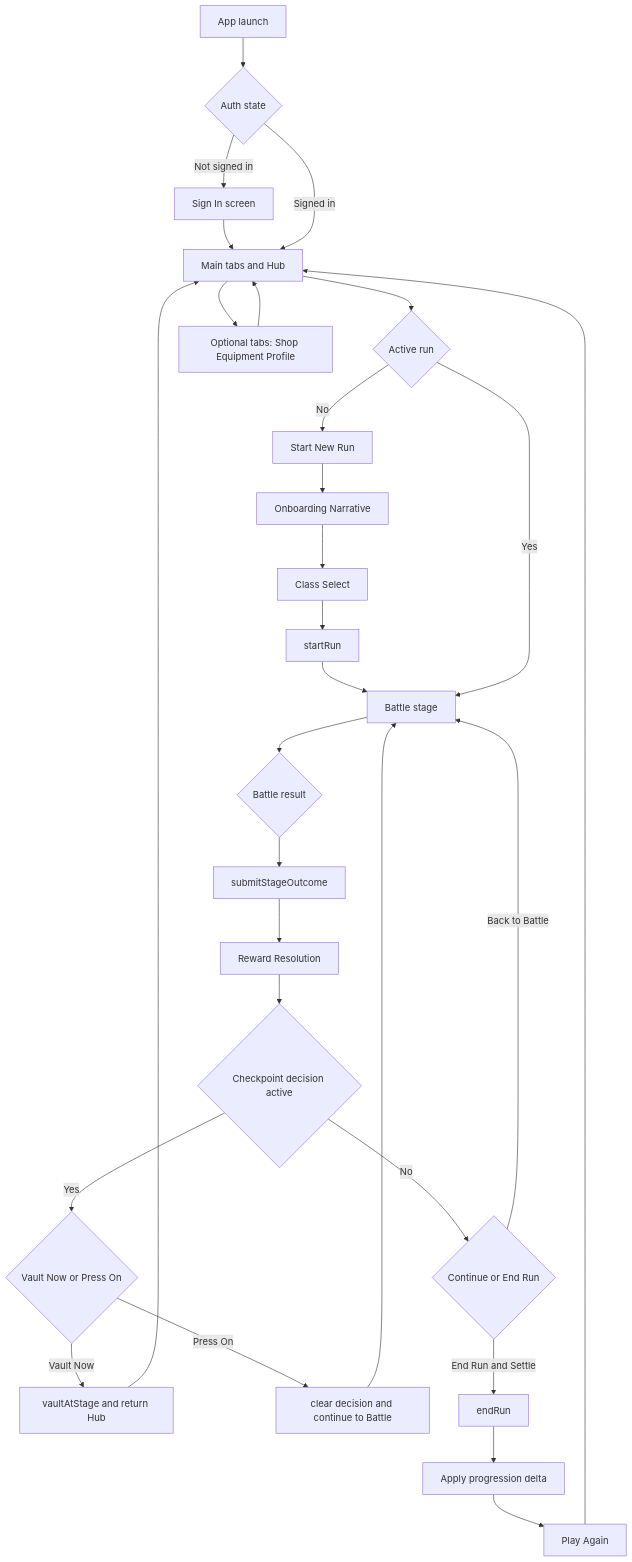
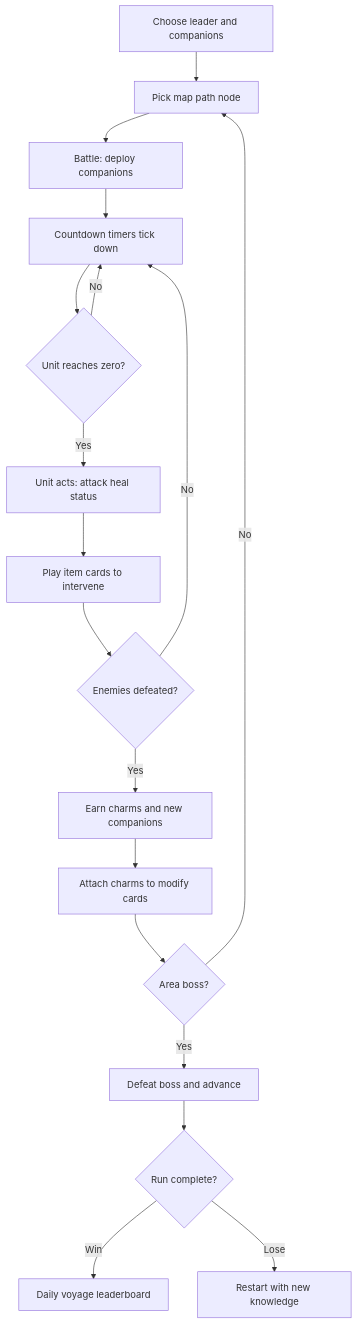
One commit to jiayi32/MyRPGGame changed diagram 15 of 48 in documentation/New/GAMEPLAY_LOOP.md. Above: the diagram before and after it, drawn with Mermaid. The commit also changed other lines of this file and 52 other files, not shown here.

````diff
--- a/documentation/New/GAMEPLAY_LOOP.md
+++ b/documentation/New/GAMEPLAY_LOOP.md
@@ -602,36 +688,20 @@
 ```mermaid
 flowchart TD
-	A[App launch] --> B{Auth state}
-	B -->|Not signed in| C[Sign In screen]
-	C --> D[Main tabs and Hub]
-	B -->|Signed in| D
-
-	D --> E{Active run}
-	E -->|No| F[Start New Run]
-	F --> G[Onboarding Narrative]
-	G --> H[Class Select]
-	H --> I[startRun]
-	I --> J[Battle stage]
-	E -->|Yes| J
-
-	J --> K{Battle result}
-	K --> L[submitStageOutcome]
-	L --> M[Reward Resolution]
-
-	M --> N{Checkpoint decision active}
-	N -->|Yes| O{Vault Now or Press On}
-	O -->|Vault Now| P[vaultAtStage and return Hub]
-	O -->|Press On| Q[clear decision and continue to Battle]
-	P --> D
-	Q --> J
-
-	N -->|No| R{Continue or End Run}
-	R -->|Back to Battle| J
-	R -->|End Run and Settle| S[endRun]
-	S --> T[Apply progression delta]
-	T --> U[Play Again]
-	U --> D
-
-	D --> V[Optional tabs: Shop Equipment Profile]
-	V --> D
+	A[Choose leader and companions] --> B[Pick map path node]
+	B --> C[Battle: deploy companions]
+	C --> D[Countdown timers tick down]
+	D --> E{Unit reaches zero?}
+	E -->|Yes| F[Unit acts: attack heal status]
+	E -->|No| D
+	F --> G[Play item cards to intervene]
+	G --> H{Enemies defeated?}
+	H -->|Yes| I[Earn charms and new companions]
+	H -->|No| D
+	I --> J[Attach charms to modify cards]
+	J --> K{Area boss?}
+	K -->|Yes| L[Defeat boss and advance]
+	K -->|No| B
+	L --> M{Run complete?}
+	M -->|Win| N[Daily voyage leaderboard]
+	M -->|Lose| O[Restart with new knowledge]
 ```
````
